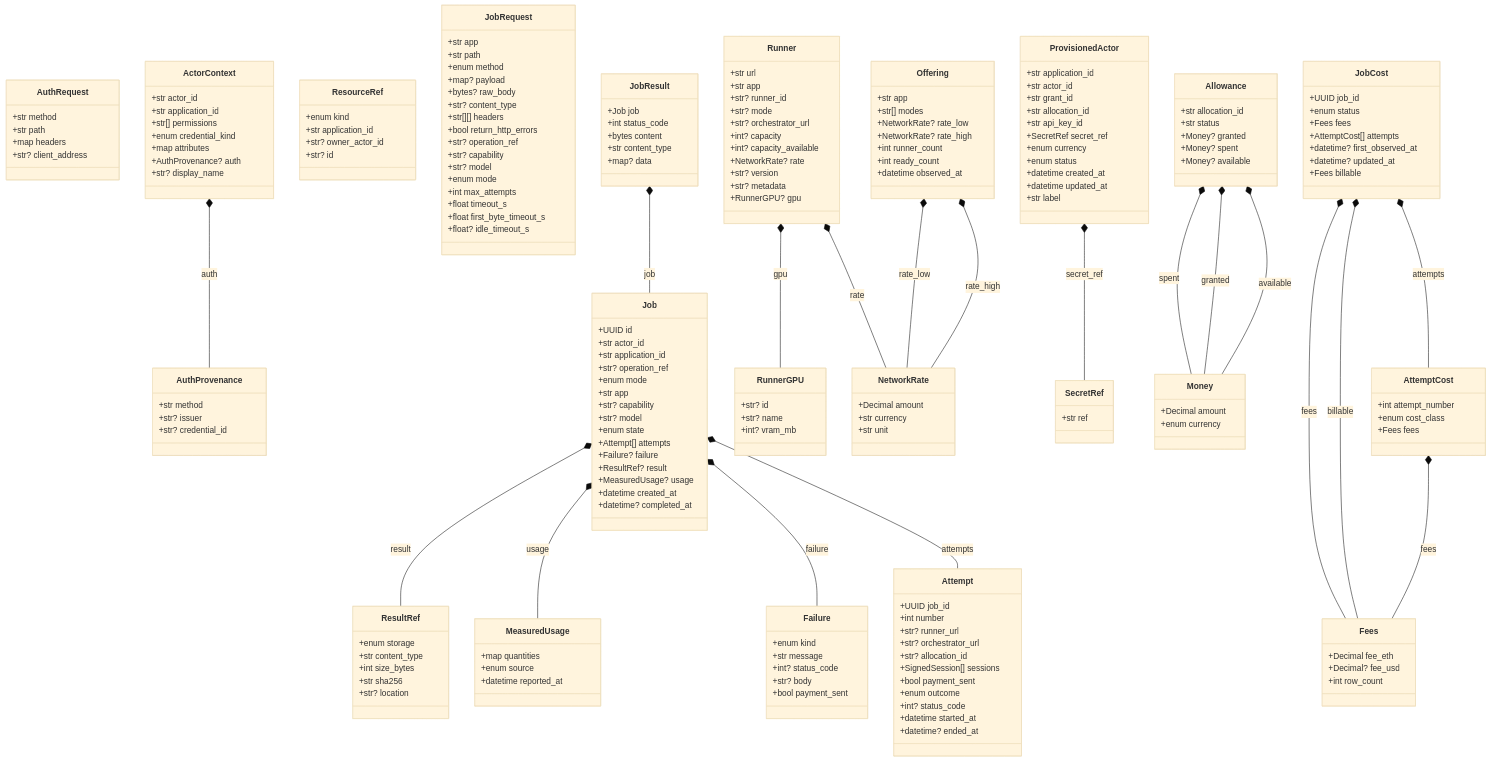
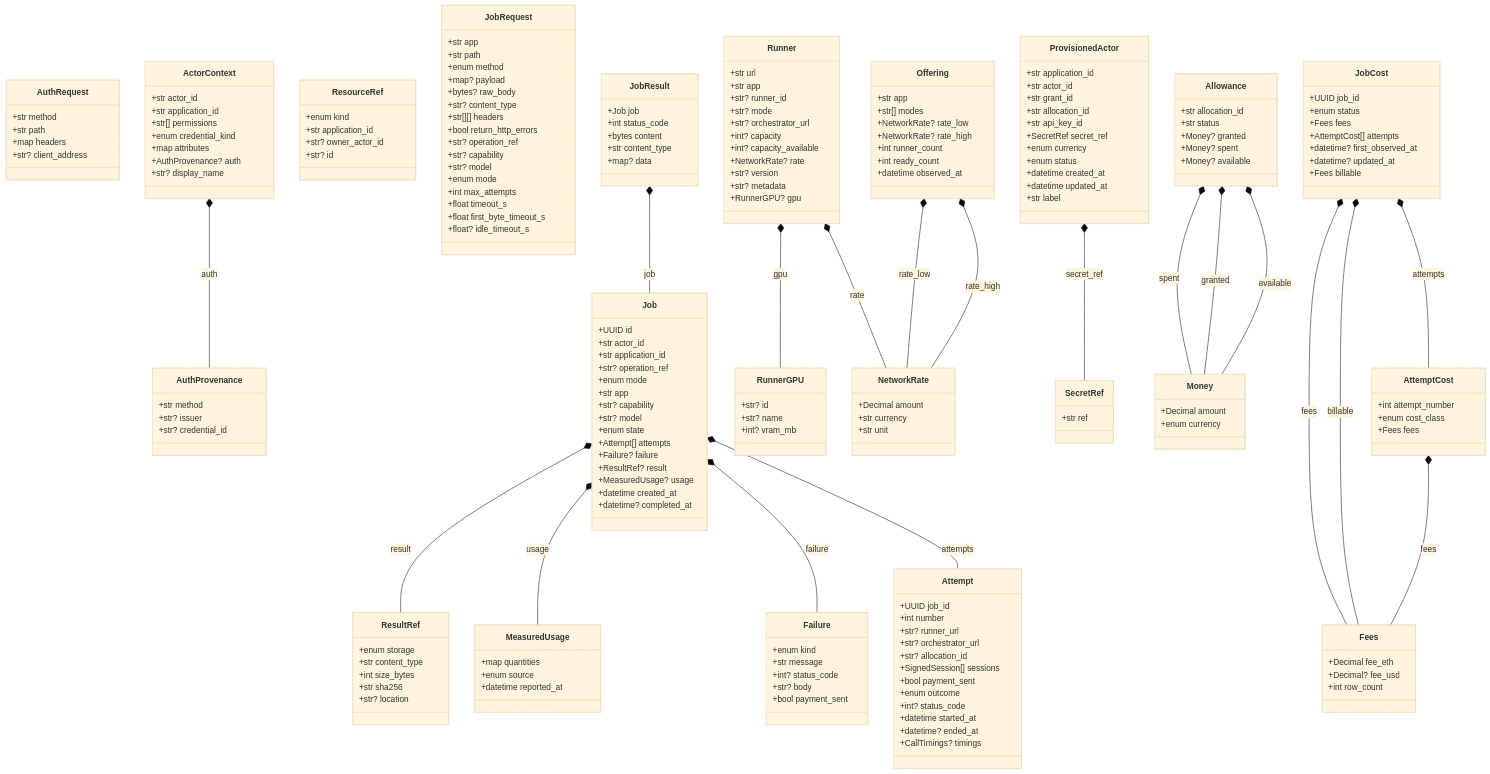
The diagram in docs/generated/contracts.md (NE-Build-Track/livepeer-builder-core), drawn with Mermaid (base theme) before and after one commit. The commit also changed 23 other files, not shown here.

```diff
--- a/docs/generated/contracts.md
+++ b/docs/generated/contracts.md
@@ -79,6 +79,7 @@
         +int? status_code
         +datetime started_at
         +datetime? ended_at
+        +CallTimings? timings
     }
     class Failure {
         +enum kind
```
